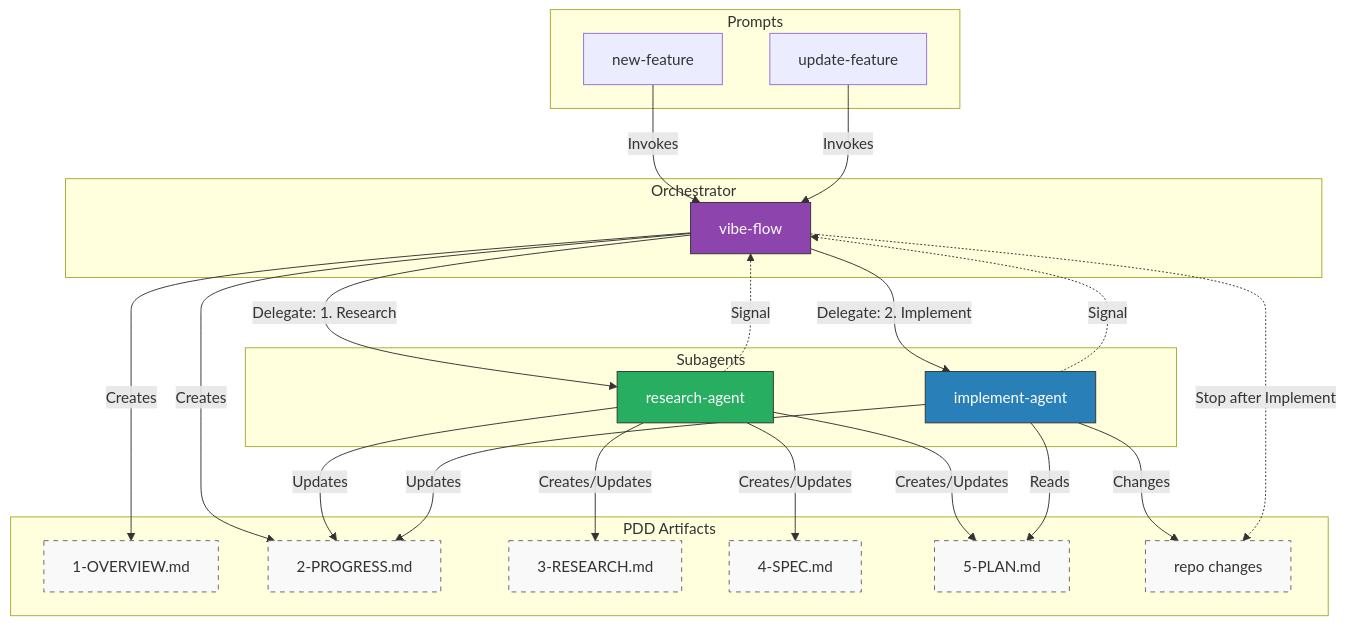
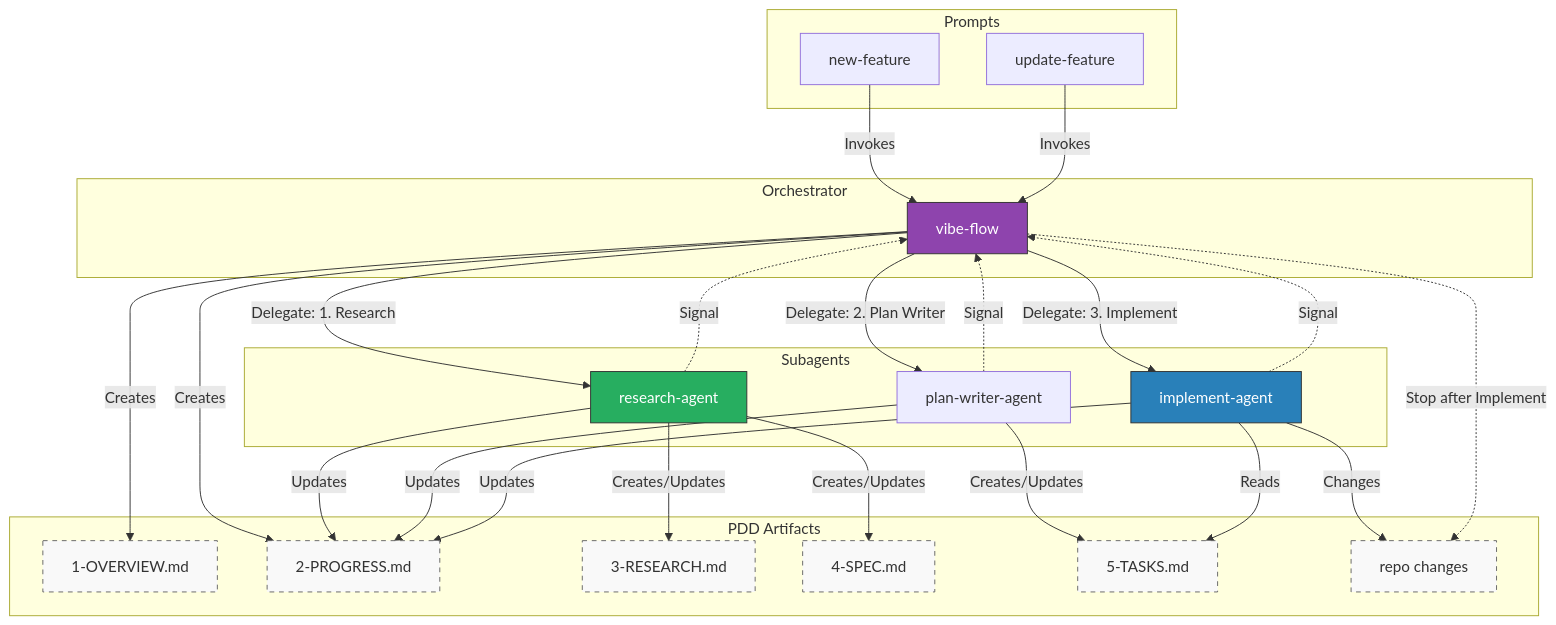
Before and after one commit to sammykumar/vibe-flow-agent-orchestrator: the first of 2 diagrams in README.md, drawn with Mermaid. The commit also changed other lines of this file and 31 other files, not shown here.

````diff
--- a/README.md
+++ b/README.md
@@ -23,57 +23,62 @@
 ```mermaid
 graph TD
     subgraph "Prompts"
         NF[new-feature]
         UF[update-feature]
     end
 
     subgraph "Orchestrator"
         VF[vibe-flow]
     end
 
     subgraph "Subagents"
         RA[research-agent]
+        PW[plan-writer-agent]
         IA[implement-agent]
     end
 
     subgraph "PDD Artifacts"
         F1[1-OVERVIEW.md]
         F2[2-PROGRESS.md]
         F3[3-RESEARCH.md]
         F4[4-SPEC.md]
-        F5[5-PLAN.md]
+        F5[5-TASKS.md]
         CODE[repo changes]
     end
 
     NF & UF -->|Invokes| VF
 
     %% Orchestrator inits
     VF -->|Creates| F1
     VF -->|Creates| F2
 
     VF -->|Delegate: 1. Research| RA
     RA -->|Creates/Updates| F3
     RA -->|Creates/Updates| F4
-    RA -->|Creates/Updates| F5
     RA -->|Updates| F2
     RA -.->|Signal| VF
 
-    VF -->|Delegate: 2. Implement| IA
+    VF -->|Delegate: 2. Plan Writer| PW
+    PW -->|Creates/Updates| F5
+    PW -->|Updates| F2
+    PW -.->|Signal| VF
+
+    VF -->|Delegate: 3. Implement| IA
     IA -->|Reads| F5
     IA -->|Updates| F2
     IA -->|Changes| CODE
     IA -.->|Signal| VF
 
     VF -.->|Stop after Implement| CODE
 
     style VF fill:#8e44ad,stroke:#333,color:#fff
     style RA fill:#27ae60,stroke:#333,color:#fff
     style IA fill:#2980b9,stroke:#333,color:#fff
 
     style F1 fill:#f9f9f9,stroke:#666,stroke-dasharray: 5 5
     style F2 fill:#f9f9f9,stroke:#666,stroke-dasharray: 5 5
     style F3 fill:#f9f9f9,stroke:#666,stroke-dasharray: 5 5
     style F4 fill:#f9f9f9,stroke:#666,stroke-dasharray: 5 5
     style F5 fill:#f9f9f9,stroke:#666,stroke-dasharray: 5 5
     style CODE fill:#f9f9f9,stroke:#666,stroke-dasharray: 5 5
 ```
````
